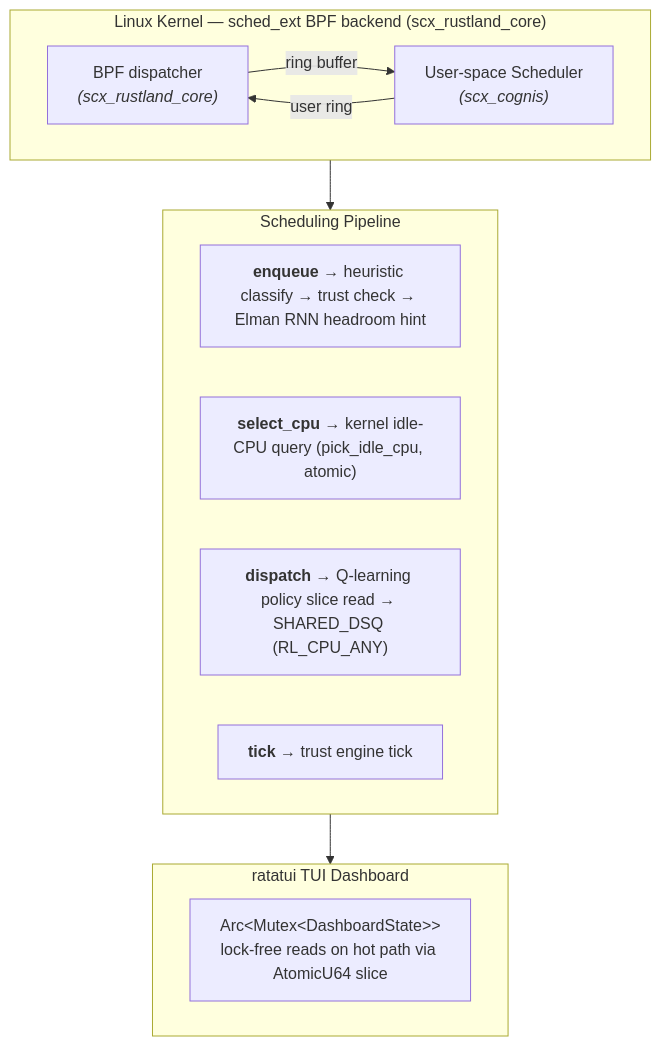
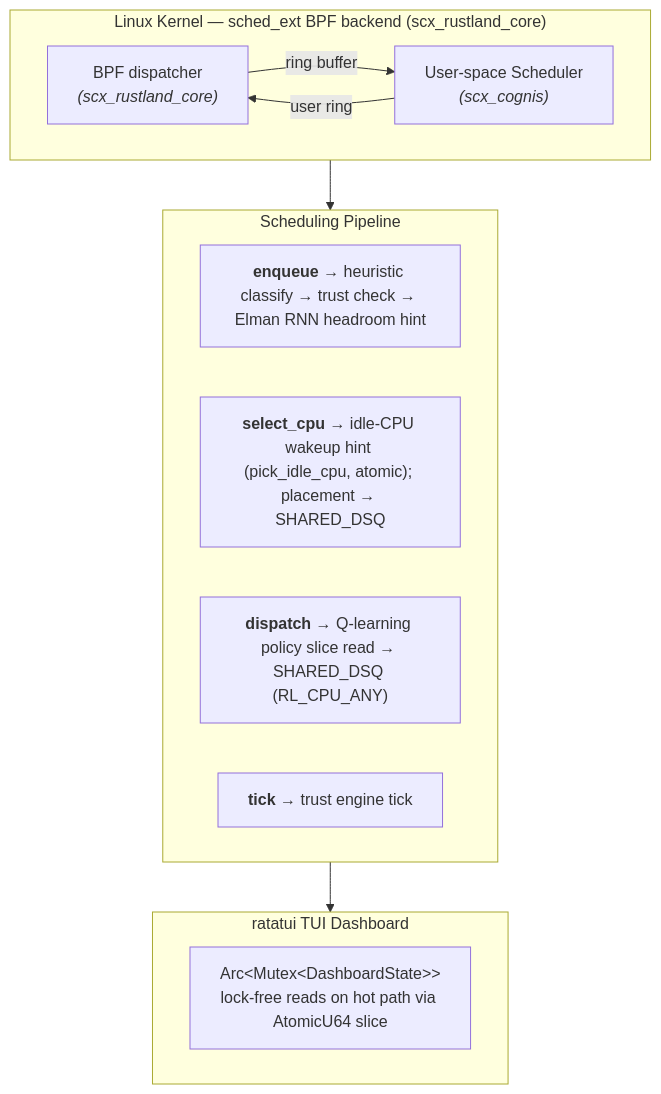
The diagram in README.md (galpt/scx_cognis), drawn with Mermaid before and after one commit. The commit also changed other lines of this file, not shown here.

Commit message:
docs: fix outdated diagrams and stale version in README

````diff
--- a/README.md
+++ b/README.md
@@ -293,27 +293,27 @@
 ```mermaid
 flowchart TD
     subgraph Kernel["Linux Kernel — sched_ext BPF backend (scx_rustland_core)"]
         direction LR
         BPF["`BPF dispatcher
         *(scx_rustland_core)*`"]
         US["`User-space Scheduler
         *(scx_cognis)*`"]
         BPF -- "ring buffer" --> US
         US -- "user ring" --> BPF
     end
 
     subgraph Pipeline["Scheduling Pipeline"]
         P1["`**enqueue** → heuristic classify → trust check → Elman RNN headroom hint`"]
-        P2["`**select_cpu** → kernel idle-CPU query (pick_idle_cpu, atomic)`"]
+        P2["`**select_cpu** → idle-CPU wakeup hint (pick_idle_cpu, atomic); placement → SHARED_DSQ`"]
         P3["`**dispatch** → Q-learning policy slice read → SHARED_DSQ (RL_CPU_ANY)`"]
         P4["`**tick** → trust engine tick`"]
     end
 
     subgraph TUI["ratatui TUI Dashboard"]
         DS["`Arc&lt;Mutex&lt;DashboardState&gt;&gt;
         lock-free reads on hot path via AtomicU64 slice`"]
     end
 
     Kernel --> Pipeline
     Pipeline --> TUI
 ```
````
